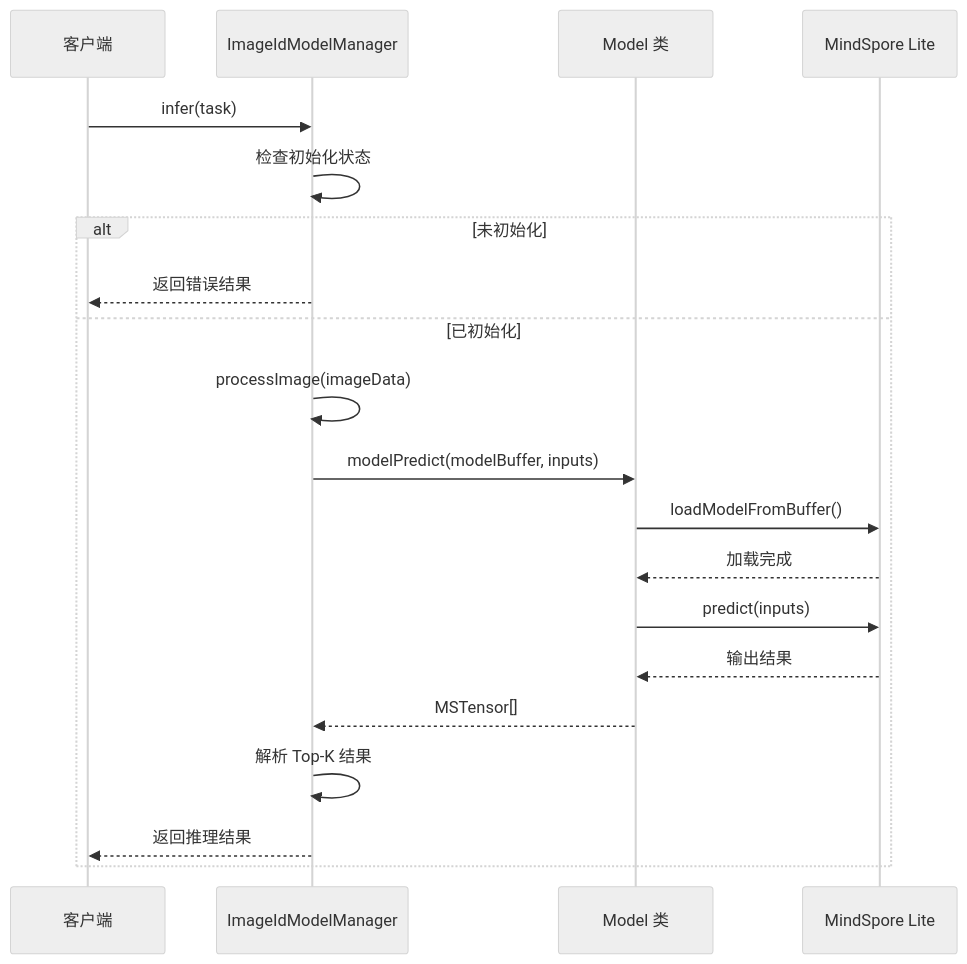
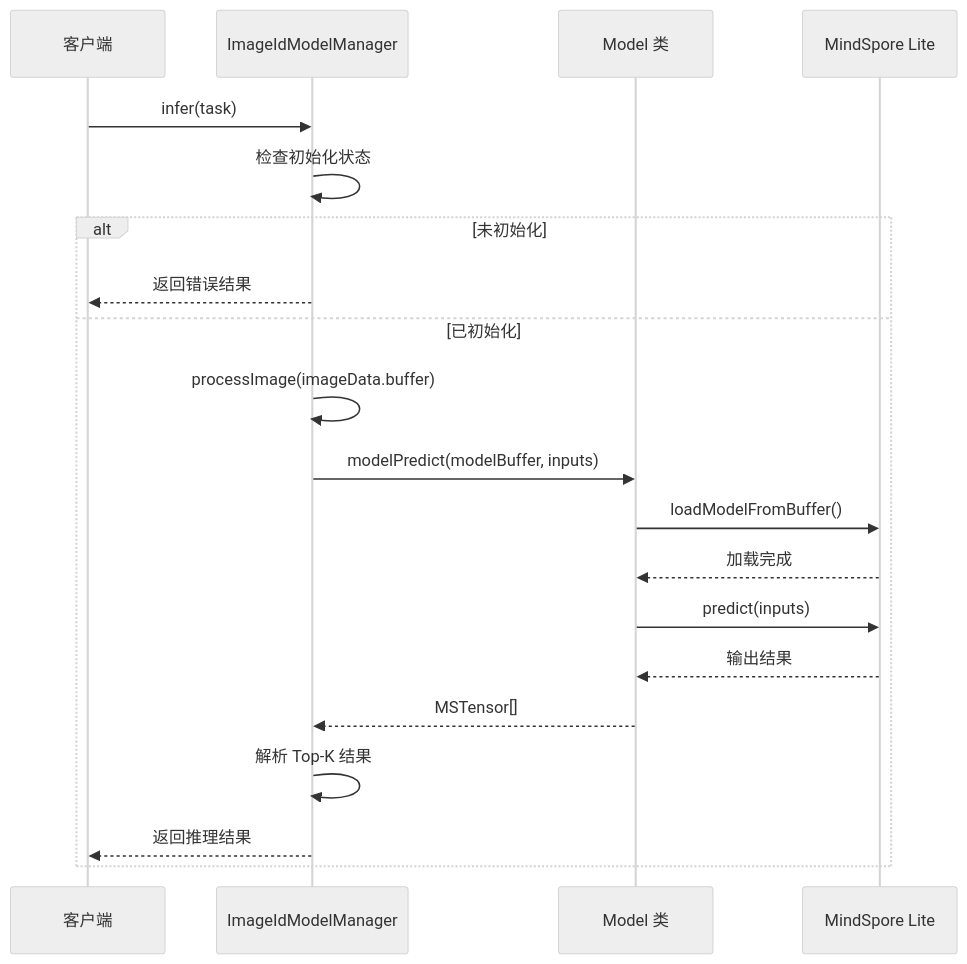
Before and after one commit to huo65/OH-Co3: the sixth of 9 diagrams in .qoder/repowiki/zh/content/推理核心模块/图像识别模型管理器.md, drawn with Mermaid (neutral theme). The commit also changed other lines of this file and 15 other files, not shown here.

````diff
--- a/.qoder/repowiki/zh/content/推理核心模块/图像识别模型管理器.md
+++ b/.qoder/repowiki/zh/content/推理核心模块/图像识别模型管理器.md
@@ -231,22 +246,22 @@
 ```mermaid
 sequenceDiagram
 participant Client as 客户端
 participant Manager as ImageIdModelManager
 participant Model as Model 类
 participant Engine as MindSpore Lite
 Client->>Manager : infer(task)
 Manager->>Manager : 检查初始化状态
 alt 未初始化
 Manager-->>Client : 返回错误结果
 else 已初始化
-Manager->>Manager : processImage(imageData)
+Manager->>Manager : processImage(imageData.buffer)
 Manager->>Model : modelPredict(modelBuffer, inputs)
 Model->>Engine : loadModelFromBuffer()
 Engine-->>Model : 加载完成
 Model->>Engine : predict(inputs)
 Engine-->>Model : 输出结果
 Model-->>Manager : MSTensor[]
 Manager->>Manager : 解析 Top-K 结果
 Manager-->>Client : 返回推理结果
 end
 ```
````
